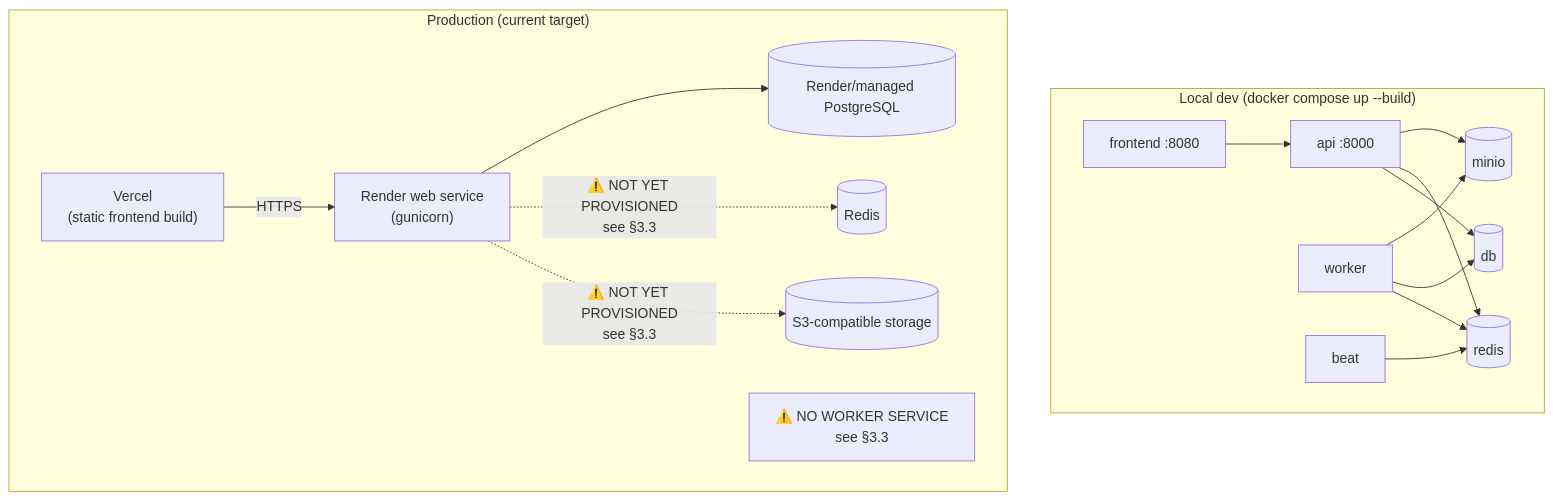
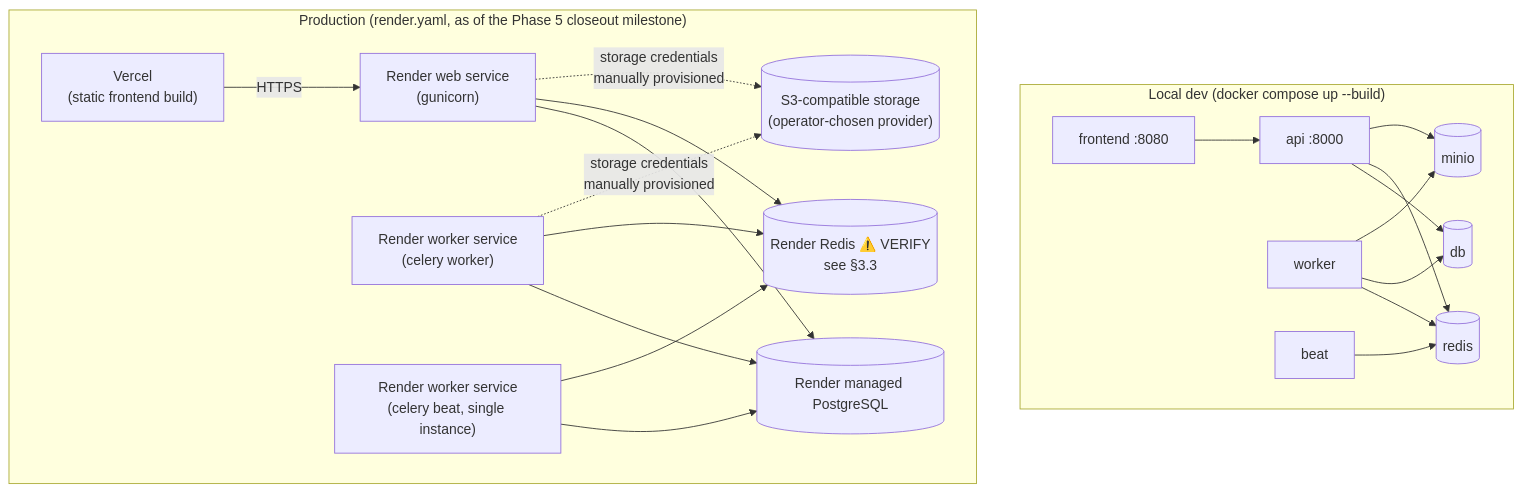
Before and after one commit to Utkarshum7/scopetrace-platform: the diagram in docs/DEPLOYMENT_GUIDE.md, drawn with Mermaid. The commit also changed other lines of this file and 4 other files, not shown here.

````diff
--- a/docs/DEPLOYMENT_GUIDE.md
+++ b/docs/DEPLOYMENT_GUIDE.md
@@ -13,21 +13,27 @@
 ```mermaid
 flowchart TB
     subgraph "Local dev (docker compose up --build)"
         L_FE[frontend :8080] --> L_API[api :8000]
         L_API --> L_DB[(db)]
         L_API --> L_REDIS[(redis)]
         L_API --> L_MINIO[(minio)]
         L_WORKER[worker] --> L_REDIS
         L_WORKER --> L_DB
         L_WORKER --> L_MINIO
         L_BEAT[beat] --> L_REDIS
     end
 
-    subgraph "Production (current target)"
+    subgraph "Production (render.yaml, as of the Phase 5 closeout milestone)"
         P_FE["Vercel\n(static frontend build)"] -->|"HTTPS"| P_API["Render web service\n(gunicorn)"]
-        P_API --> P_DB[("Render/managed PostgreSQL")]
-        P_API -.->|"⚠️ NOT YET PROVISIONED\nsee §3.3"| P_REDIS[("Redis")]
-        P_API -.->|"⚠️ NOT YET PROVISIONED\nsee §3.3"| P_STORAGE[("S3-compatible storage")]
-        P_WORKER["⚠️ NO WORKER SERVICE\nsee §3.3"]
+        P_WORKER2["Render worker service\n(celery worker)"]
+        P_BEAT["Render worker service\n(celery beat, single instance)"]
+        P_API --> P_DB[("Render managed PostgreSQL")]
+        P_API --> P_REDIS[("Render Redis ⚠️ VERIFY\nsee §3.3")]
+        P_WORKER2 --> P_DB
+        P_WORKER2 --> P_REDIS
+        P_WORKER2 -.->|"storage credentials\nmanually provisioned"| P_STORAGE[("S3-compatible storage\n(operator-chosen provider)")]
+        P_BEAT --> P_DB
+        P_BEAT --> P_REDIS
+        P_API -.->|"storage credentials\nmanually provisioned"| P_STORAGE
     end
 ```
````
